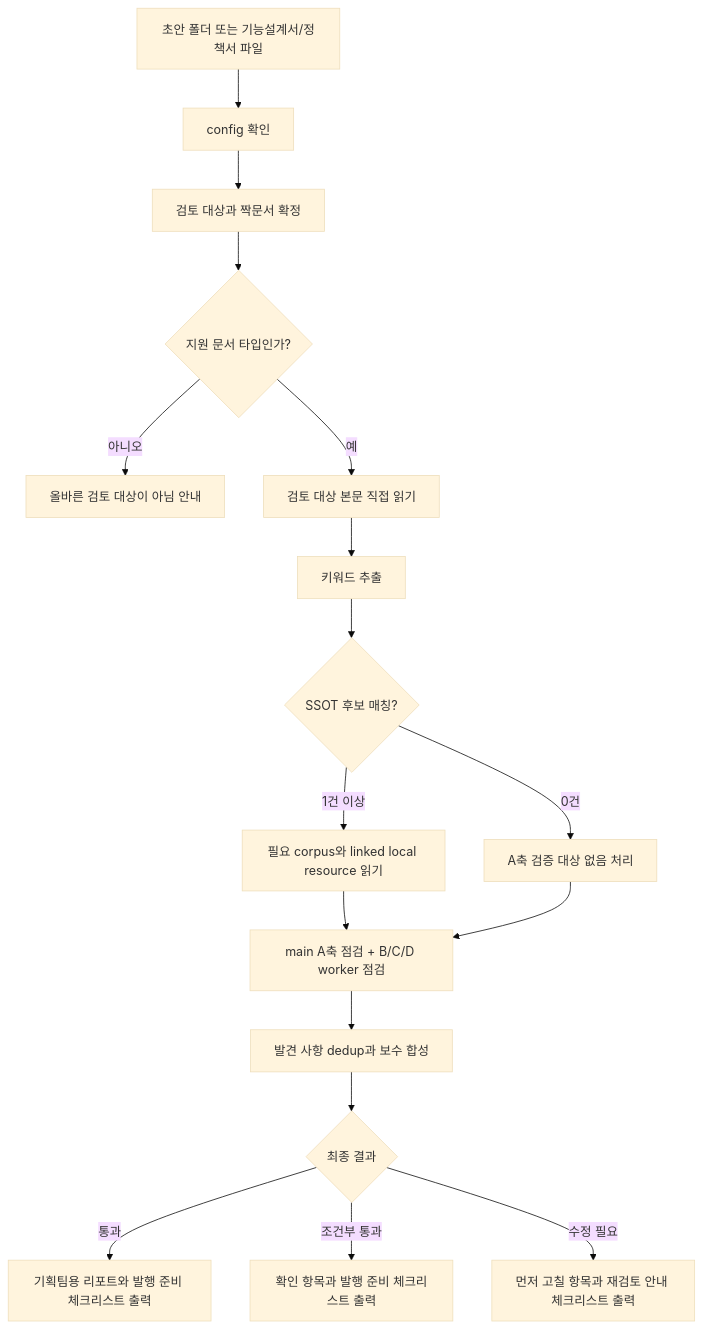
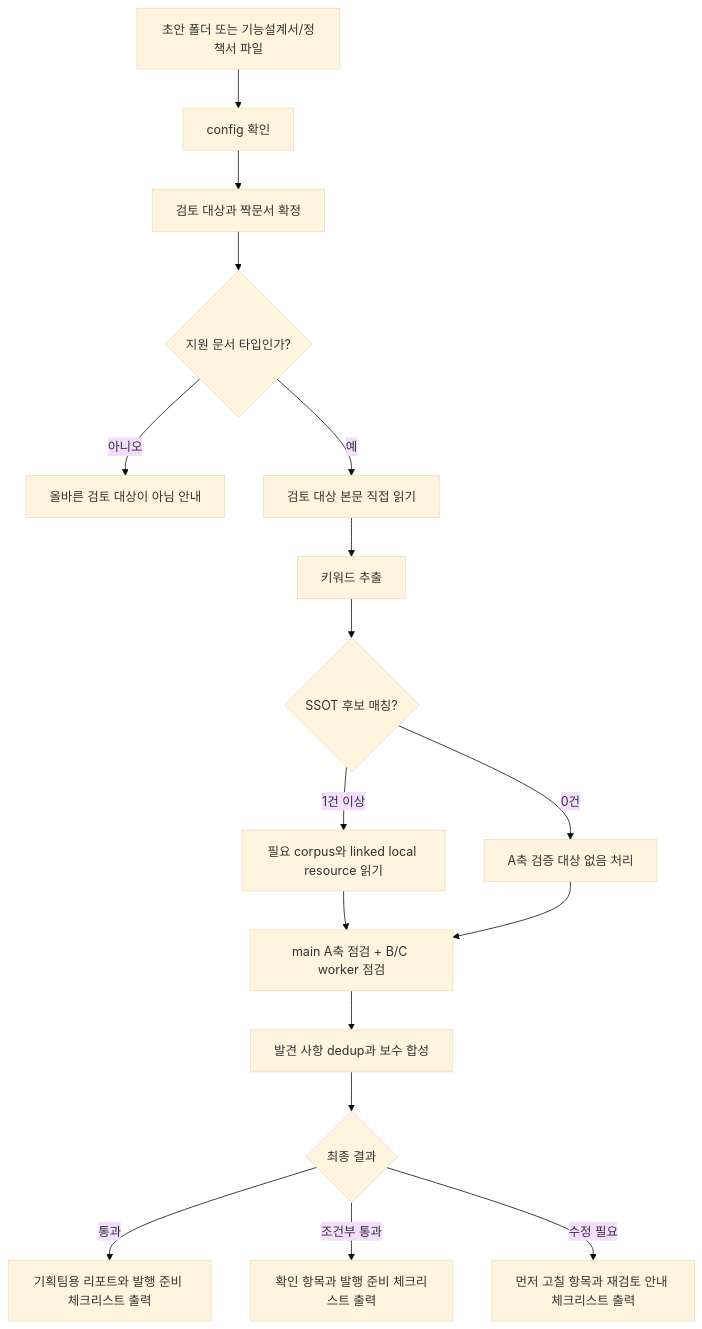
Before and after one commit to inkwonjung-colosseum/plugins: the fourth of 5 diagrams in product-team-kit/docs/skills-workflow.md, drawn with Mermaid (base theme). The commit also changed other lines of this file and 23 other files, not shown here.

````diff
--- a/product-team-kit/docs/skills-workflow.md
+++ b/product-team-kit/docs/skills-workflow.md
@@ -240,19 +239,19 @@
 ```mermaid
 flowchart TD
     A[초안 폴더 또는 기능설계서/정책서 파일] --> B[config 확인]
     B --> C[검토 대상과 짝문서 확정]
     C --> D{지원 문서 타입인가?}
     D -- 아니오 --> E[올바른 검토 대상이 아님 안내]
     D -- 예 --> F[검토 대상 본문 직접 읽기]
     F --> G[키워드 추출]
     G --> H{SSOT 후보 매칭?}
     H -- 1건 이상 --> I[필요 corpus와 linked local resource 읽기]
     H -- 0건 --> I0[A축 검증 대상 없음 처리]
-    I --> J[main A축 점검 + B/C/D worker 점검]
+    I --> J[main A축 점검 + B/C worker 점검]
     I0 --> J
     J --> K[발견 사항 dedup과 보수 합성]
     K --> L{최종 결과}
     L -- 통과 --> M[기획팀용 리포트와 발행 준비 체크리스트 출력]
     L -- 조건부 통과 --> N[확인 항목과 발행 준비 체크리스트 출력]
     L -- 수정 필요 --> O[먼저 고칠 항목과 재검토 안내 체크리스트 출력]
 ```
````
